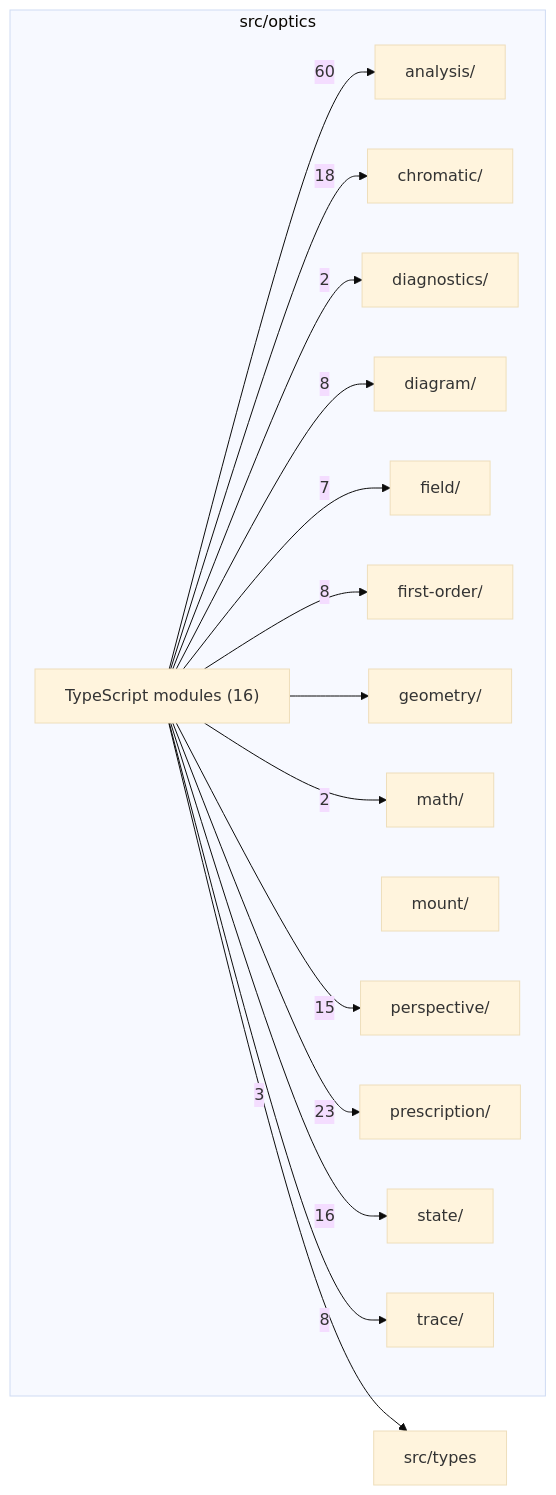
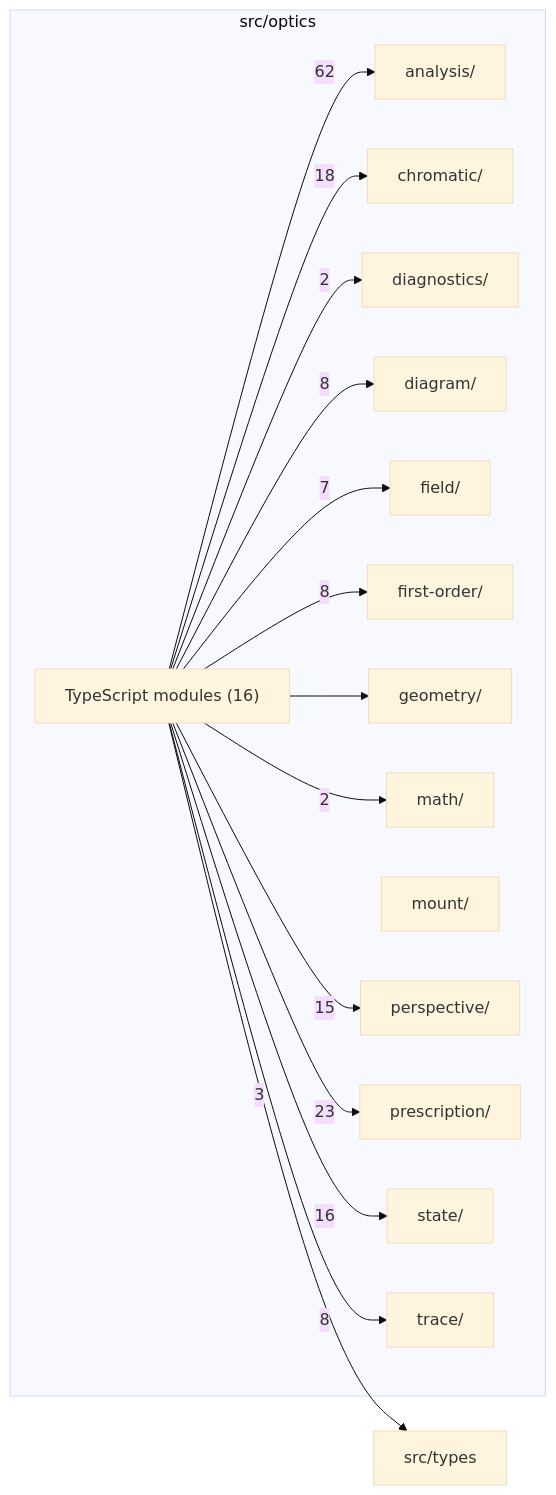
Before and after one commit to ronbuening/LensVisualizer: the diagram in src/optics/readme.md, drawn with Mermaid (base theme). The commit also changed other lines of this file and 15 other files, not shown here.

````diff
--- a/src/optics/readme.md
+++ b/src/optics/readme.md
@@ -9,33 +9,33 @@
 ```mermaid
 flowchart LR
   subgraph n_src_optics["src/optics"]
     n_src_optics_src_optics_analysis["analysis/"]
     n_src_optics_src_optics_chromatic["chromatic/"]
     n_src_optics_src_optics_diagnostics["diagnostics/"]
     n_src_optics_src_optics_diagram["diagram/"]
     n_src_optics_src_optics_field["field/"]
     n_src_optics_src_optics_first_order["first-order/"]
     n_src_optics_src_optics_geometry["geometry/"]
     n_src_optics_src_optics_math["math/"]
     n_src_optics_src_optics_mount["mount/"]
     n_src_optics_src_optics_perspective["perspective/"]
     n_src_optics_src_optics_prescription["prescription/"]
     n_src_optics_src_optics_state["state/"]
     n_src_optics_src_optics_trace["trace/"]
     n_src_optics_TypeScript_modules["TypeScript modules (16)"]
   end
   n_external_src_types["src/types"]
-  n_src_optics_TypeScript_modules --> |60| n_src_optics_src_optics_analysis
+  n_src_optics_TypeScript_modules --> |62| n_src_optics_src_optics_analysis
   n_src_optics_TypeScript_modules --> |23| n_src_optics_src_optics_prescription
   n_src_optics_TypeScript_modules --> |18| n_src_optics_src_optics_chromatic
   n_src_optics_TypeScript_modules --> |16| n_src_optics_src_optics_state
   n_src_optics_TypeScript_modules --> |15| n_src_optics_src_optics_perspective
   n_src_optics_TypeScript_modules --> |8| n_src_optics_src_optics_diagram
   n_src_optics_TypeScript_modules --> |8| n_src_optics_src_optics_first_order
   n_src_optics_TypeScript_modules --> |8| n_src_optics_src_optics_trace
   n_src_optics_TypeScript_modules --> |7| n_src_optics_src_optics_field
   n_src_optics_TypeScript_modules --> |3| n_external_src_types
   n_src_optics_TypeScript_modules --> |2| n_src_optics_src_optics_diagnostics
   n_src_optics_TypeScript_modules --> |2| n_src_optics_src_optics_math
   n_src_optics_TypeScript_modules --> n_src_optics_src_optics_geometry
 ```
````
